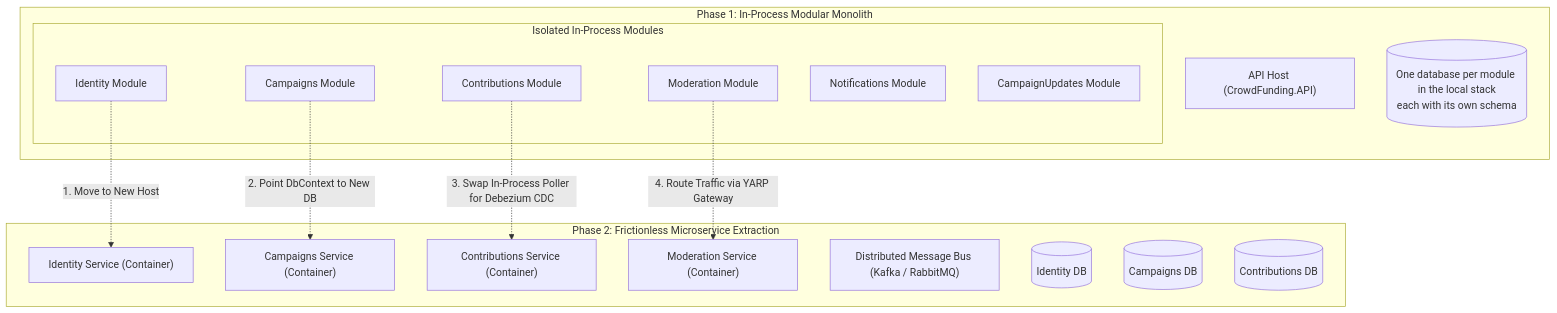
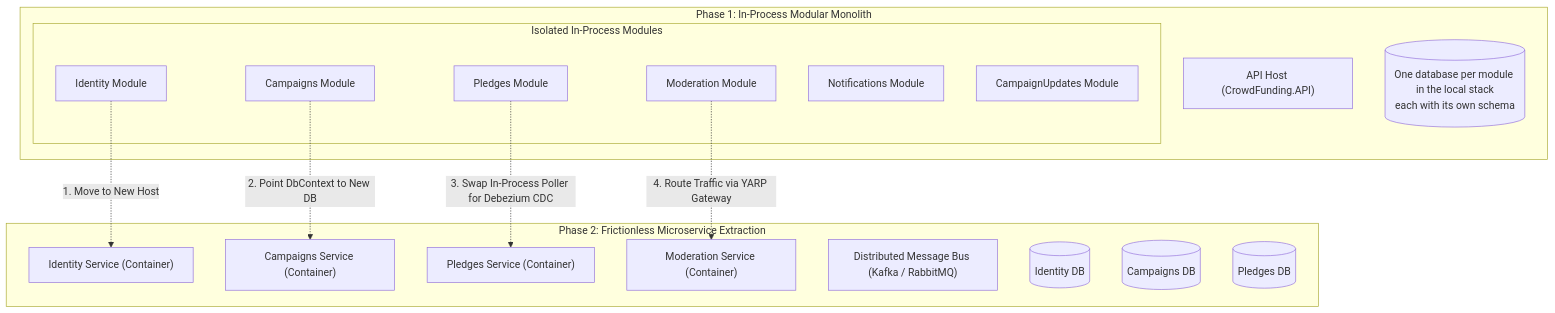
One commit to maysamgamini/crowdfundinghub changed the first of 3 diagrams in educational/README.md. Above: the diagram before and after it, drawn with Mermaid. The commit also changed other lines of this file and 571 other files, not shown here.

````diff
--- a/educational/README.md
+++ b/educational/README.md
@@ -19,31 +19,31 @@
 ```mermaid
 graph TD
     subgraph Phase1["Phase 1: In-Process Modular Monolith"]
         MonolithHost["API Host (CrowdFunding.API)"]
         subgraph ModLayer["Isolated In-Process Modules"]
             IdM["Identity Module"]
             CampM["Campaigns Module"]
-            ContM["Contributions Module"]
+            ContM["Pledges Module"]
             ModM["Moderation Module"]
             NotM["Notifications Module"]
             UpdM["CampaignUpdates Module"]
         end
         PGShared[("One database per module in the local stack<br/>each with its own schema")]
     end
 
     subgraph Phase2["Phase 2: Frictionless Microservice Extraction"]
         IdSvc["Identity Service (Container)"]
         CampSvc["Campaigns Service (Container)"]
-        ContSvc["Contributions Service (Container)"]
+        ContSvc["Pledges Service (Container)"]
         ModSvc["Moderation Service (Container)"]
         Broker["Distributed Message Bus (Kafka / RabbitMQ)"]
         PG1[("Identity DB")]
         PG2[("Campaigns DB")]
-        PG3[("Contributions DB")]
+        PG3[("Pledges DB")]
     end
 
     IdM -. "1. Move to New Host" .-> IdSvc
     CampM -. "2. Point DbContext to New DB" .-> CampSvc
     ContM -. "3. Swap In-Process Poller for Debezium CDC" .-> ContSvc
     ModM -. "4. Route Traffic via YARP Gateway" .-> ModSvc
 ```
````
